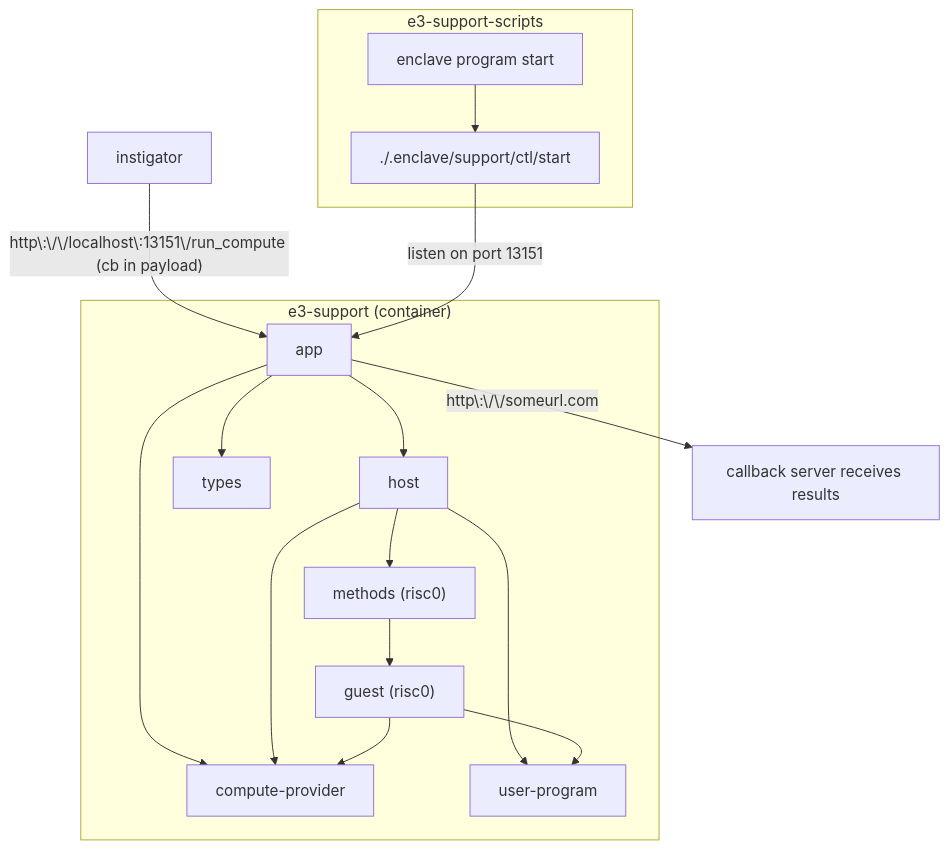
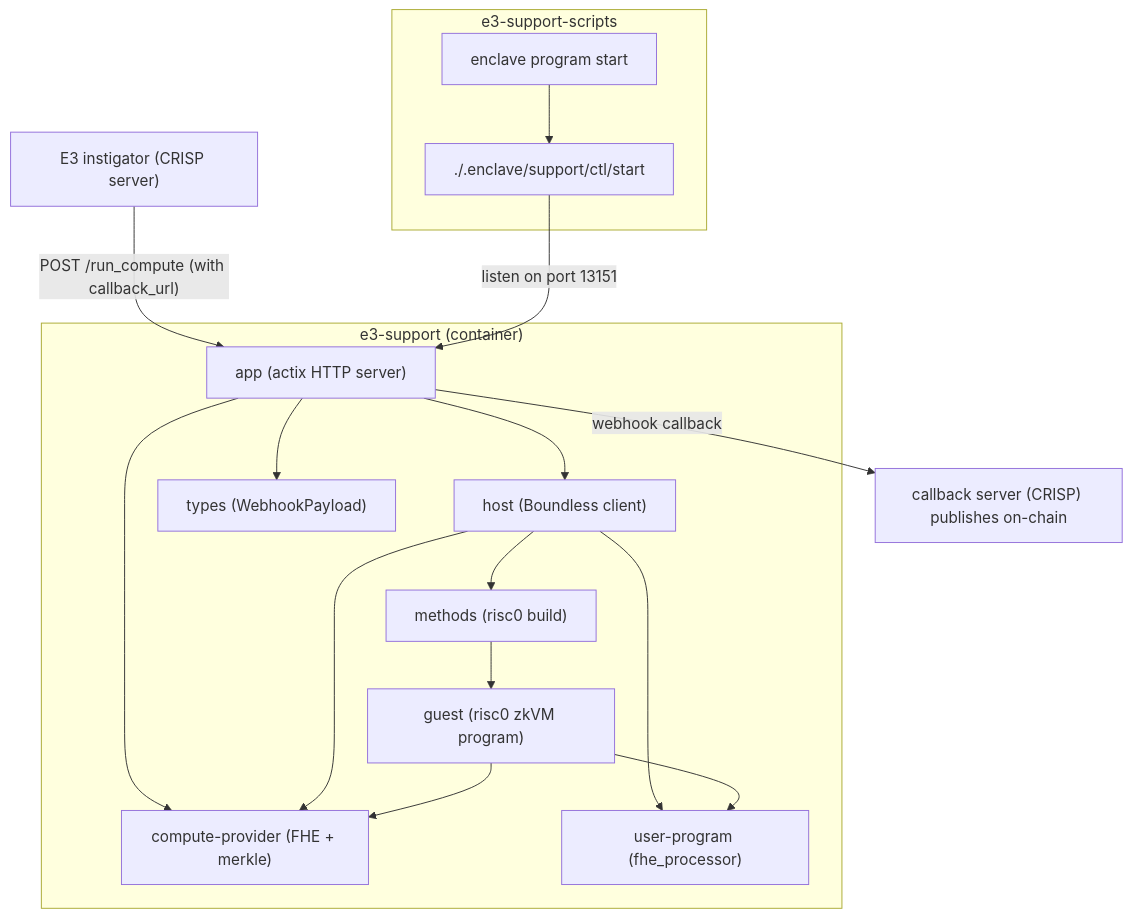
One commit to gnosisguild/enclave changed the diagram in crates/support/README.md. Above: the diagram before and after it, drawn with Mermaid. The commit also changed other lines of this file and 21 other files, not shown here.

````diff
--- a/crates/support/README.md
+++ b/crates/support/README.md
@@ -10,33 +8,30 @@
 ```mermaid
 graph TD
     subgraph N["e3-support-scripts"]
         A["enclave program start"]
         AA["./.enclave/support/ctl/start"]
         A --> AA
     end
-    M["instigator"] --"http\:\/\/localhost\:13151\/run_compute (cb in payload)"--> D
-    D --"http\:\/\/someurl.com"--> O["callback server receives results"]
+    M["E3 instigator (CRISP server)"] --"POST /run_compute (with callback_url)"--> D
+    D --"webhook callback"--> O["callback server (CRISP) publishes on-chain"]
     AA --listen on port 13151--> D
     subgraph C["e3-support (container)"]
-        D["app"]
-        E["host"]
-        F["types"]
-        G["compute-provider"]
-        H["methods (risc0)"]
-        I["guest (risc0)"]
-        J["user-program"]
+        D["app (actix HTTP server)"]
+        E["host (Boundless client)"]
+        F["types (WebhookPayload)"]
+        G["compute-provider (FHE + merkle)"]
+        H["methods (risc0 build)"]
+        I["guest (risc0 zkVM program)"]
+        J["user-program (fhe_processor)"]
 
         D --> E
         D --> F
         D --> G
-
         E --> H
         E --> G
         E --> J
-
         H --> I
-
         I --> G
         I --> J
     end
 ```
````
